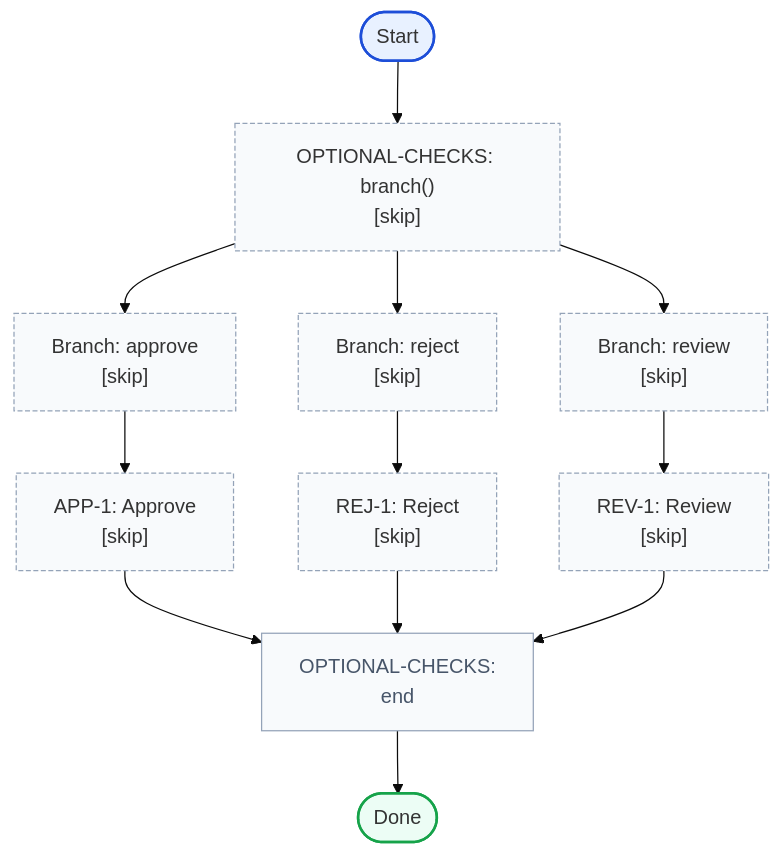
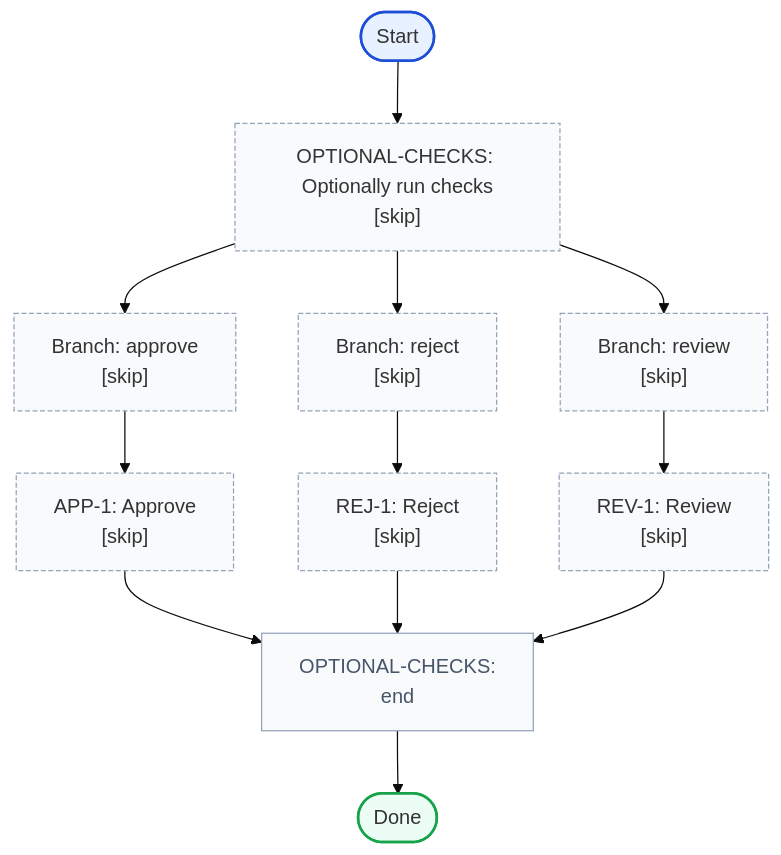
The tenth of 10 diagrams in README.md (mikko-apo/structured-flow), drawn with Mermaid (base theme) before and after one commit. The commit also changed other lines of this file and 9 other files, not shown here.

````diff
--- a/README.md
+++ b/README.md
@@ -1455,48 +1803,48 @@
 ```mermaid
 flowchart TD
   start([Start])
-  step_0["OPTIONAL-CHECKS: branch()
+  step_0["OPTIONAL-CHECKS: Optionally run checks
 [skip]"]
   branch_0_end["OPTIONAL-CHECKS:
 end"]
   branch_0_end --> done
   class branch_0_end join
   branch_0_0_start["Branch: approve
 [skip]"]
   step_0 --> branch_0_0_start
   branch_0_0_step_0["APP-1: Approve
 [skip]"]
   branch_0_0_start --> branch_0_0_step_0
   branch_0_0_step_0 --> branch_0_end
   class branch_0_0_step_0 neutral
   class branch_0_0_start neutral
   branch_0_1_start["Branch: reject
 [skip]"]
   step_0 --> branch_0_1_start
   branch_0_1_step_0["REJ-1: Reject
 [skip]"]
   branch_0_1_start --> branch_0_1_step_0
   branch_0_1_step_0 --> branch_0_end
   class branch_0_1_step_0 neutral
   class branch_0_1_start neutral
   branch_0_2_start["Branch: review
 [skip]"]
   step_0 --> branch_0_2_start
   branch_0_2_step_0["REV-1: Review
 [skip]"]
   branch_0_2_start --> branch_0_2_step_0
   branch_0_2_step_0 --> branch_0_end
   class branch_0_2_step_0 neutral
   class branch_0_2_start neutral
   done([Done])
   start --> step_0
   classDef executed fill:#e8f1ff,stroke:#1d4ed8,stroke-width:2px
   classDef success fill:#ecfdf5,stroke:#16a34a,stroke-width:2px
   classDef complete fill:#f0fdf4,stroke:#15803d,stroke-width:2px
   classDef failure fill:#fef2f2,stroke:#dc2626,stroke-width:2px
   classDef neutral fill:#f8fafc,stroke:#94a3b8,stroke-dasharray: 4 2
   classDef join fill:#f8fafc,stroke:#94a3b8,stroke-width:1px,color:#475569
   class step_0 neutral
   class start executed
   class done success
 ```
````
